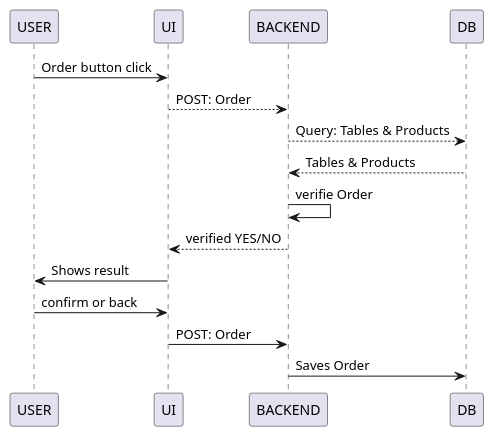
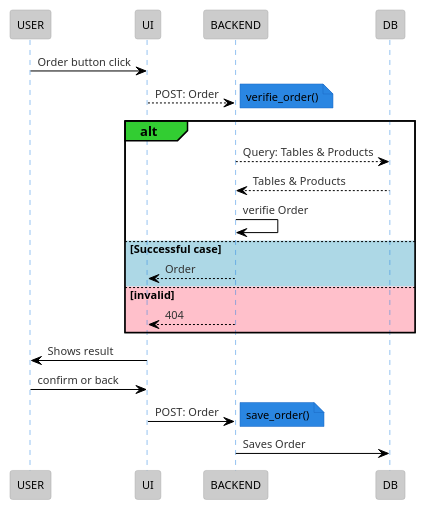
Before and after one commit to ubarcturus/table-order: the diagram in PlantUML/logic-user.puml, drawn with PlantUML. The commit also changed 2 other files, not shown here.

Commit message:
PlantUML

```diff
--- a/PlantUML/logic-user.puml
+++ b/PlantUML/logic-user.puml
@@ -1,17 +1,24 @@
-@startuml
+@startuml logic-user
+!theme reddress-lightblue
+
 USER -> UI: Order button click
 
 UI --> BACKEND: POST: Order
-DB <-- BACKEND: Query: Tables & Products
-DB --> BACKEND: Tables & Products
-
-BACKEND -> BACKEND: verifie Order
-
-UI <-- BACKEND: verified YES/NO
+alt#LimeGreen
+note right : verifie_order()
+    DB <-- BACKEND: Query: Tables & Products
+    DB --> BACKEND: Tables & Products
+    BACKEND -> BACKEND: verifie Order
+else #LightBlue Successful case
+UI <-- BACKEND: Order
+else #Pink invalid
+UI <-- BACKEND: 404
+end
 UI -> USER: Shows result
 
 USER -> UI: confirm or back
 
-UI -> BACKEND: POST: Order
+UI -> BACKEND: POST: Order 
+note right : save_order()
 BACKEND -> DB : Saves Order
 @enduml
```
